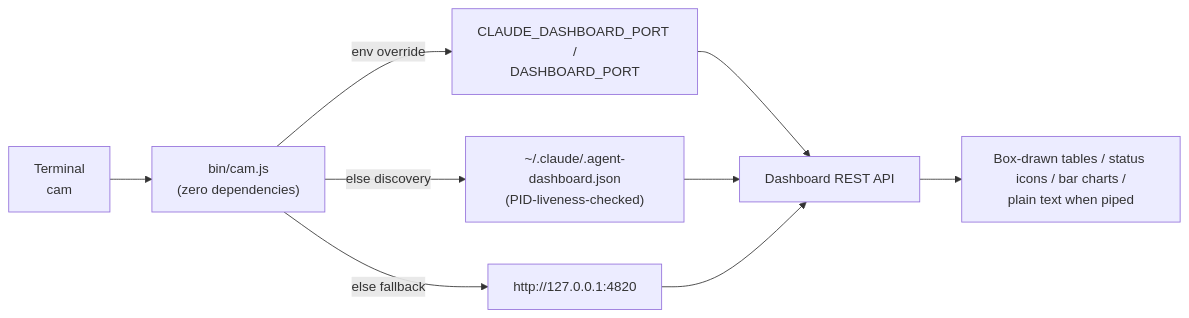
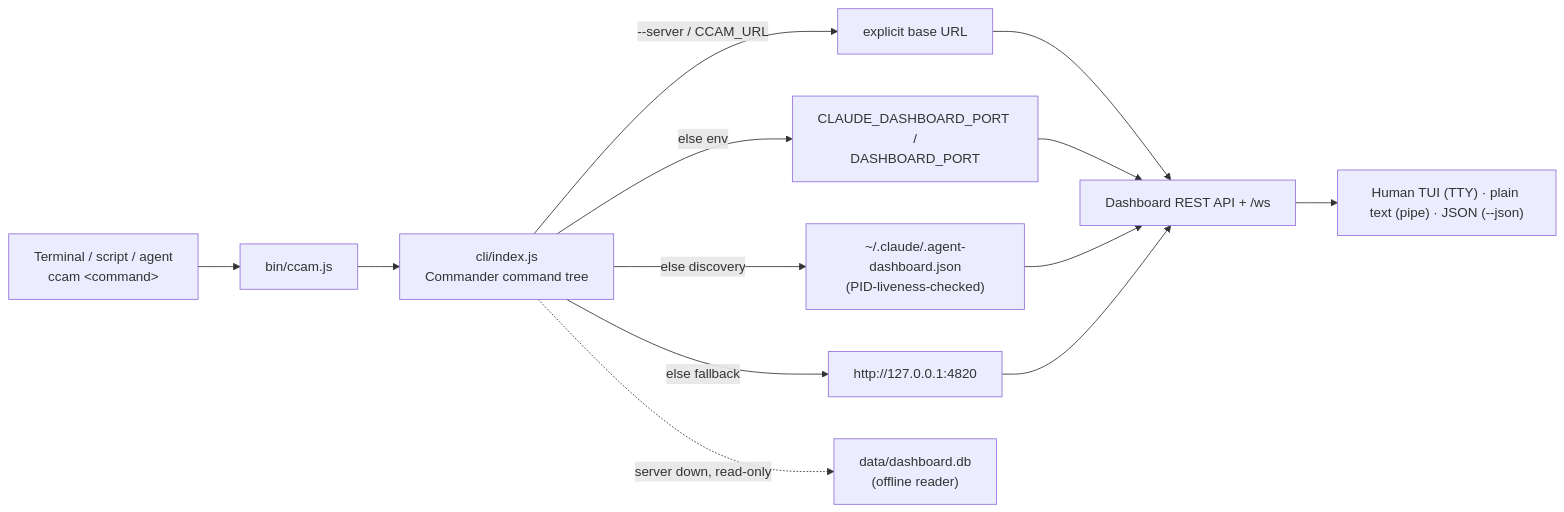
Before and after one commit to buluma/Code-Agent-Monitor: the diagram in docs/CLI.md, drawn with Mermaid. The commit also changed other lines of this file and 1142 other files, not shown here.

````diff
--- a/docs/CLI.md
+++ b/docs/CLI.md
@@ -43,11 +59,15 @@
 ```mermaid
 flowchart LR
-    U["Terminal\ncam <command>"] --> CLI["bin/cam.js\n(zero dependencies)"]
-    CLI -->|"env override"| ENV["CLAUDE_DASHBOARD_PORT /\nDASHBOARD_PORT"]
-    CLI -->|"else discovery"| REG["~/.claude/.agent-dashboard.json\n(PID-liveness-checked)"]
-    CLI -->|"else fallback"| DEF["http://127.0.0.1:4820"]
-    ENV --> API["Dashboard REST API"]
+    U["Terminal / script / agent\nccam &lt;command&gt;"] --> BIN["bin/ccam.js"]
+    BIN --> PROG["cli/index.js\nCommander command tree"]
+    PROG -->|"--server / CCAM_URL"| URL["explicit base URL"]
+    PROG -->|"else env"| ENV["CLAUDE_DASHBOARD_PORT /\nDASHBOARD_PORT"]
+    PROG -->|"else discovery"| REG["~/.claude/.agent-dashboard.json\n(PID-liveness-checked)"]
+    PROG -->|"else fallback"| DEF["http://127.0.0.1:4820"]
+    URL --> API["Dashboard REST API + /ws"]
+    ENV --> API
     REG --> API
     DEF --> API
-    API --> OUT["Box-drawn tables / status icons / bar charts /\nplain text when piped"]
+    PROG -.->|"server down, read-only"| DB["data/dashboard.db\n(offline reader)"]
+    API --> OUT["Human TUI (TTY) · plain text (pipe) · JSON (--json)"]
 ```
````
